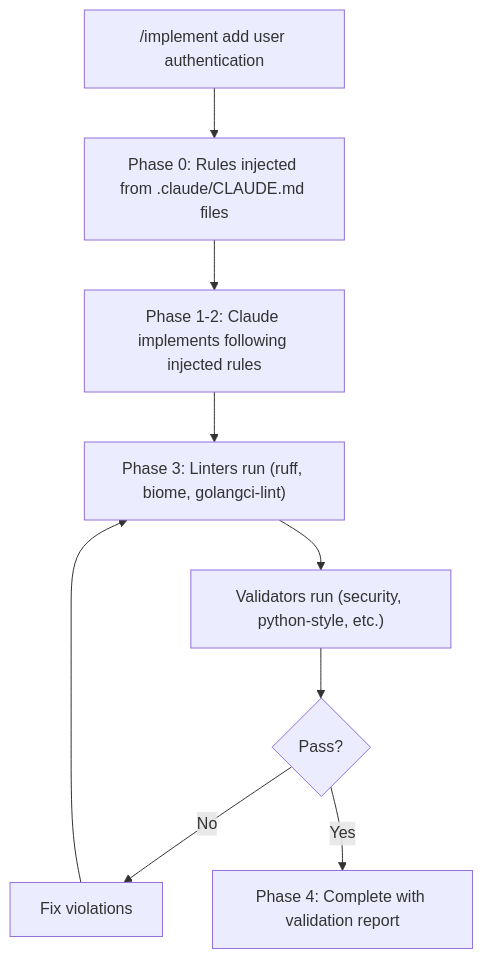
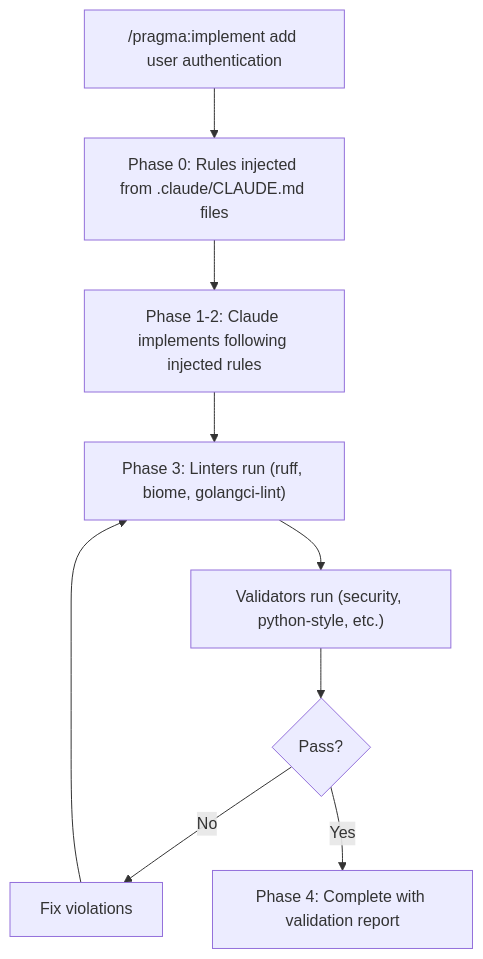
The diagram in README.md (peteski22/claude-pragma), drawn with Mermaid before and after one commit. The commit also changed other lines of this file and 77 other files, not shown here.

````diff
--- a/README.md
+++ b/README.md
@@ -9,11 +9,11 @@
 ```mermaid
 flowchart TD
-    A["/implement add user authentication"] --> B["Phase 0: Rules injected from .claude/CLAUDE.md files"]
+    A["/pragma:implement add user authentication"] --> B["Phase 0: Rules injected from .claude/CLAUDE.md files"]
     B --> C["Phase 1-2: Claude implements following injected rules"]
     C --> D["Phase 3: Linters run (ruff, biome, golangci-lint)"]
     D --> E["Validators run (security, python-style, etc.)"]
     E --> F{Pass?}
     F -->|No| G["Fix violations"]
     G --> D
     F -->|Yes| H["Phase 4: Complete with validation report"]
 ```
````
